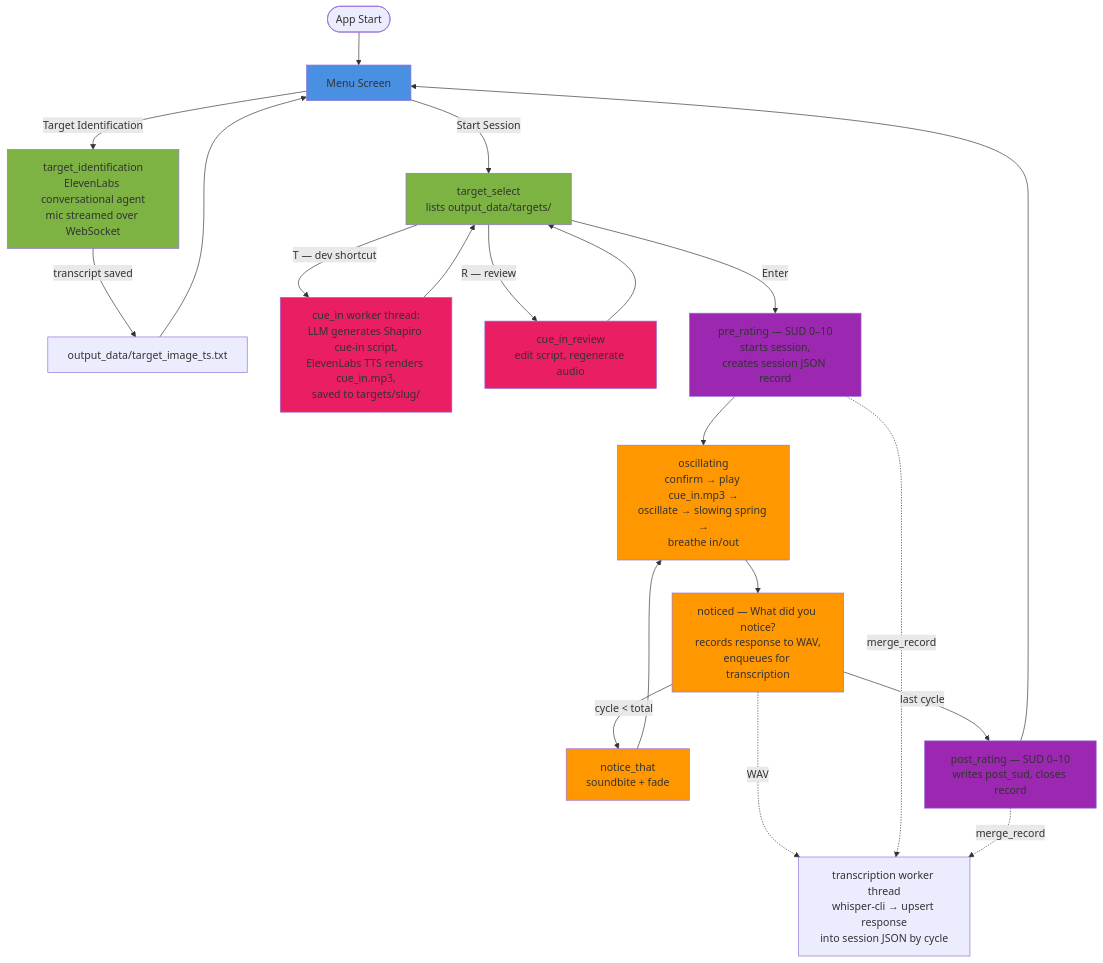
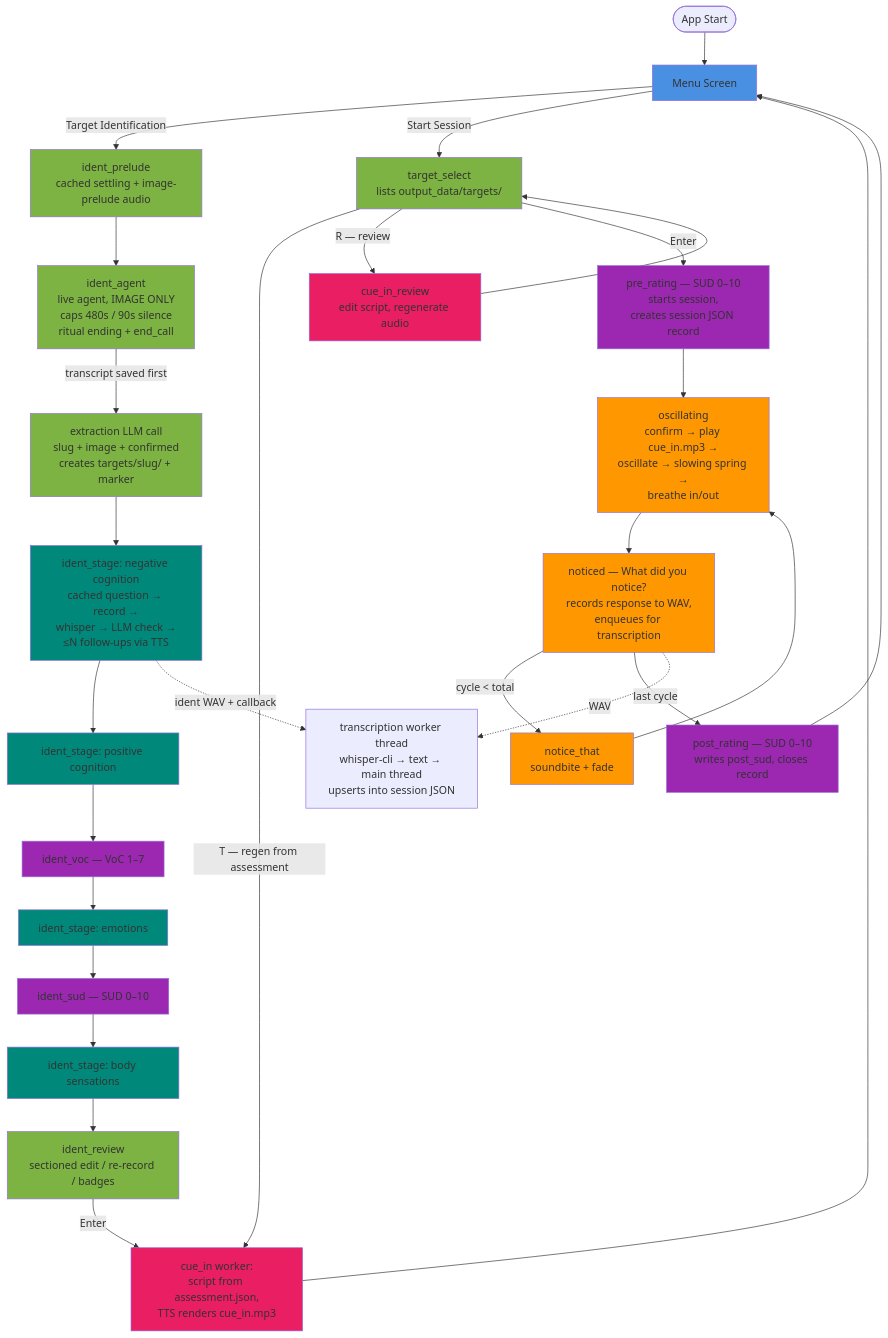
The diagram in .claude/CLAUDE.md (soleil6626070/EMDR3), drawn with Mermaid before and after one commit. The commit also changed other lines of this file and 1 other file, not shown here.

First line of the commit message:
Update CLAUDE.md and README for the identification rebuild

````diff
--- a/.claude/CLAUDE.md
+++ b/.claude/CLAUDE.md
@@ -59,37 +78,53 @@
 ```mermaid
 graph TD
     Start([App Start]) --> Menu[Menu Screen]
 
-    Menu -->|Target Identification| TII[target_identification<br/>ElevenLabs conversational agent<br/>mic streamed over WebSocket]
-    TII -->|transcript saved| TXT[output_data/target_image_ts.txt]
-    TXT --> Menu
+    Menu -->|Target Identification| Prel[ident_prelude<br/>cached settling + image-prelude audio]
+    Prel --> Agent[ident_agent<br/>live agent, IMAGE ONLY<br/>caps 480s / 90s silence<br/>ritual ending + end_call]
+    Agent -->|transcript saved first| Ext[extraction LLM call<br/>slug + image + confirmed<br/>creates targets/slug/ + marker]
+    Ext --> NC[ident_stage: negative cognition<br/>cached question → record →<br/>whisper → LLM check →<br/>≤N follow-ups via TTS]
+    NC --> PC[ident_stage: positive cognition]
+    PC --> VOC[ident_voc — VoC 1–7]
+    VOC --> EMO[ident_stage: emotions]
+    EMO --> SUD2[ident_sud — SUD 0–10]
+    SUD2 --> BODY[ident_stage: body sensations]
+    BODY --> Rev[ident_review<br/>sectioned edit / re-record / badges]
+    Rev -->|Enter| CIG[cue_in worker:<br/>script from assessment.json,<br/>TTS renders cue_in.mp3]
+    CIG --> Menu
 
     Menu -->|Start Session| TS[target_select<br/>lists output_data/targets/]
-    TS -->|T — dev shortcut| CIG[cue_in worker thread:<br/>LLM generates Shapiro cue-in script,<br/>ElevenLabs TTS renders cue_in.mp3,<br/>saved to targets/slug/]
-    CIG --> TS
+    TS -->|T — regen from assessment| CIG
     TS -->|R — review| CIR[cue_in_review<br/>edit script, regenerate audio]
     CIR --> TS
 
     TS -->|Enter| PreR[pre_rating — SUD 0–10<br/>starts session,<br/>creates session JSON record]
     PreR --> Osc[oscillating<br/>confirm → play cue_in.mp3 →<br/>oscillate → slowing spring →<br/>breathe in/out]
     Osc --> WDN[noticed — What did you notice?<br/>records response to WAV,<br/>enqueues for transcription]
     WDN -->|cycle < total| NT[notice_that<br/>soundbite + fade]
     NT --> Osc
     WDN -->|last cycle| PostR[post_rating — SUD 0–10<br/>writes post_sud, closes record]
     PostR --> Menu
 
-    WDN -.WAV.-> TW[transcription worker thread<br/>whisper-cli → upsert response<br/>into session JSON by cycle]
-    PreR -.merge_record.-> TW
-    PostR -.merge_record.-> TW
+    WDN -.WAV.-> TW[transcription worker thread<br/>whisper-cli → text → main thread<br/>upserts into session JSON]
+    NC -.ident WAV + callback.-> TW
 
     style Menu fill:#4a90e2
-    style TII fill:#7cb342
+    style Prel fill:#7cb342
+    style Agent fill:#7cb342
+    style Ext fill:#7cb342
+    style NC fill:#00897b
+    style PC fill:#00897b
+    style EMO fill:#00897b
+    style BODY fill:#00897b
+    style VOC fill:#9c27b0
+    style SUD2 fill:#9c27b0
+    style Rev fill:#7cb342
     style TS fill:#7cb342
     style Osc fill:#ff9800
     style WDN fill:#ff9800
     style NT fill:#ff9800
     style PreR fill:#9c27b0
     style PostR fill:#9c27b0
     style CIG fill:#e91e63
     style CIR fill:#e91e63
 ```
````
